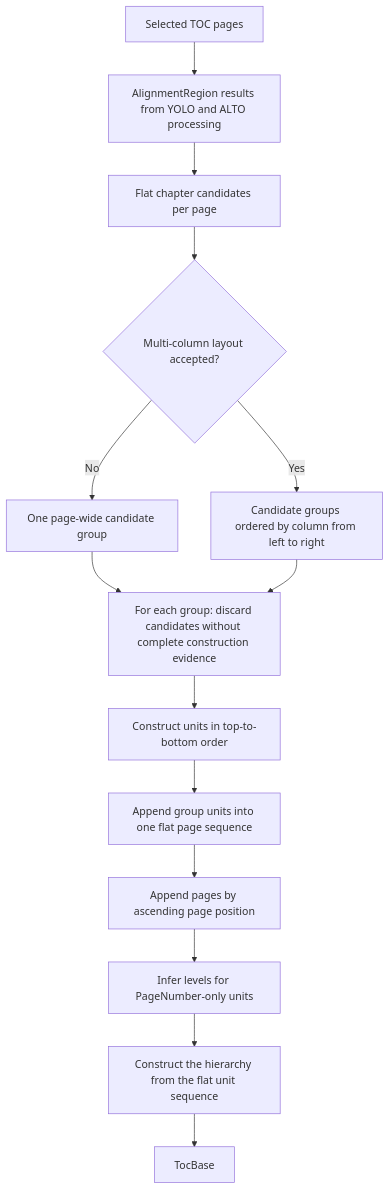
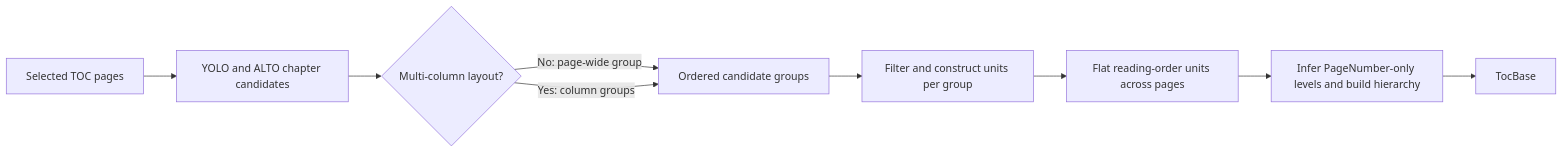
The second of 2 diagrams in metakat/chapter/README.md (DCGM/MetaKat), drawn with Mermaid before and after one commit. The commit also changed other lines of this file and 6 other files, not shown here.

````diff
--- a/metakat/chapter/README.md
+++ b/metakat/chapter/README.md
@@ -890,21 +945,16 @@
 ```mermaid
-flowchart TD
+flowchart LR
     A[Selected TOC pages]
-    B[AlignmentRegion results from YOLO and ALTO processing]
-    C[Flat chapter candidates per page]
-    D{Multi-column layout accepted?}
-    E[One page-wide candidate group]
-    F[Candidate groups ordered by column from left to right]
-    G[For each group: discard candidates without complete construction evidence]
-    H[Construct units in top-to-bottom order]
-    I[Append group units into one flat page sequence]
-    J[Append pages by ascending page position]
-    K[Infer levels for PageNumber-only units]
-    L[Construct the hierarchy from the flat unit sequence]
-    M[TocBase]
+    B[YOLO and ALTO chapter candidates]
+    C{Multi-column layout?}
+    D[Ordered candidate groups]
+    E[Filter and construct units per group]
+    F[Flat reading-order units across pages]
+    G[Infer PageNumber-only levels and build hierarchy]
+    H[TocBase]
 
-    A --> B --> C --> D
-    D -- No --> E --> G
-    D -- Yes --> F --> G
-    G --> H --> I --> J --> K --> L --> M
+    A --> B --> C
+    C -- No: page-wide group --> D
+    C -- Yes: column groups --> D
+    D --> E --> F --> G --> H
 ```
````
